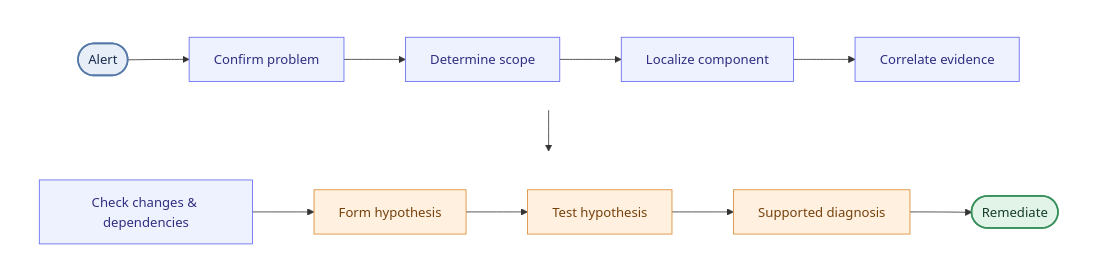
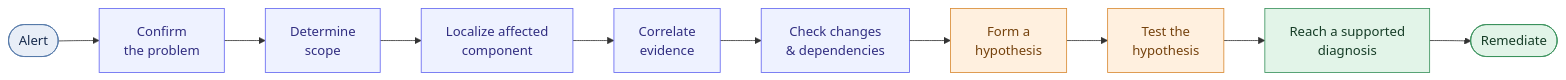
One commit to TechieWebAI/incident-investigation-research changed the first of 5 diagrams in README.md. Above: the diagram before and after it, drawn with Mermaid. The commit also changed other lines of this file, not shown here.

````diff
--- a/README.md
+++ b/README.md
@@ -349,27 +349,22 @@
 ```mermaid
-flowchart TB
-    subgraph ROW1[" "]
-        direction LR
-        A(["Alert"]) --> B["Confirm problem"] --> C["Determine scope"] --> D["Localize component"] --> E["Correlate evidence"]
-    end
+flowchart LR
+    A(["Alert"]) --> B["Confirm<br/>the problem"]
+    B --> C["Determine<br/>scope"]
+    C --> D["Localize affected<br/>component"]
+    D --> E["Correlate<br/>evidence"]
+    E --> F["Check changes<br/>& dependencies"]
+    F --> G["Form a<br/>hypothesis"]
+    G --> H["Test the<br/>hypothesis"]
+    H --> I["Reach a supported<br/>diagnosis"]
+    I --> J(["Remediate"])
 
-    subgraph ROW2[" "]
-        direction LR
-        F["Check changes & dependencies"] --> G["Form hypothesis"] --> H["Test hypothesis"] --> I["Supported diagnosis"] --> J(["Remediate"])
-    end
-
-    E --> F
-
-    classDef start fill:#e8eef7,stroke:#5479a8,color:#172b4d,stroke-width:2px
+    classDef start fill:#e8eef7,stroke:#5479a8,color:#172b4d
     classDef investigate fill:#eef2ff,stroke:#6366f1,color:#312e81
-    classDef diagnose fill:#fff0df,stroke:#d98a32,color:#75420d
-    classDef finish fill:#e2f4e8,stroke:#39915b,color:#163d27,stroke-width:2px
+    classDef hypothesis fill:#fff0df,stroke:#d98a32,color:#75420d
+    classDef finish fill:#e2f4e8,stroke:#39915b,color:#163d27
 
     class A start
     class B,C,D,E,F investigate
-    class G,H,I diagnose
-    class J finish
-
-    style ROW1 fill:transparent,stroke:transparent
-    style ROW2 fill:transparent,stroke:transparent
+    class G,H hypothesis
+    class I,J finish
 ```
````
